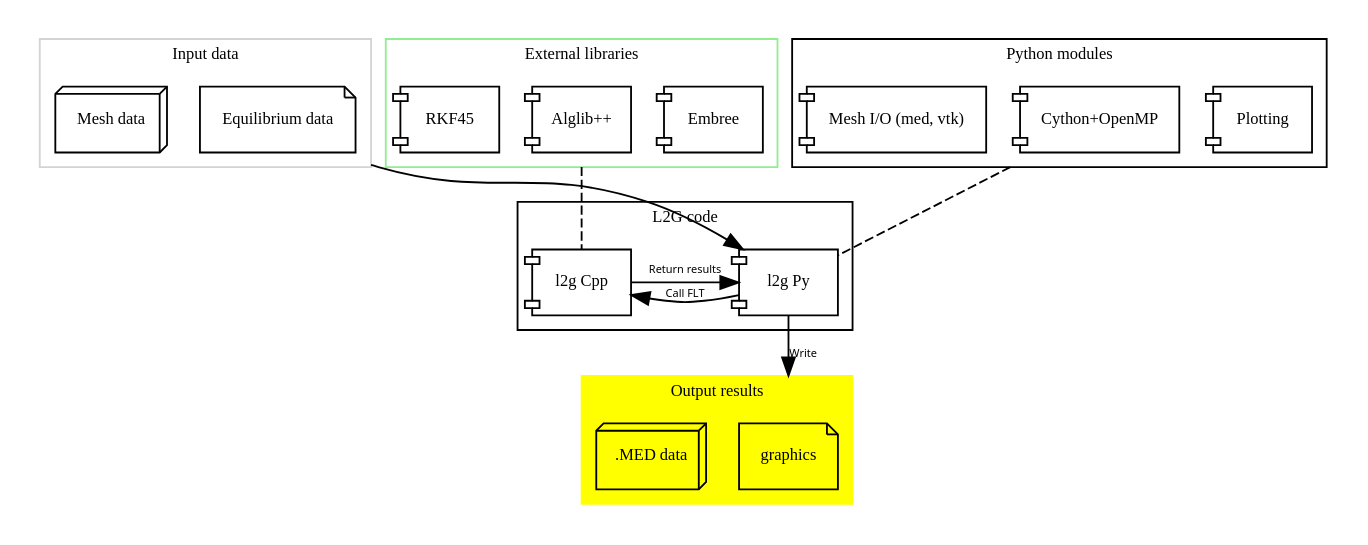
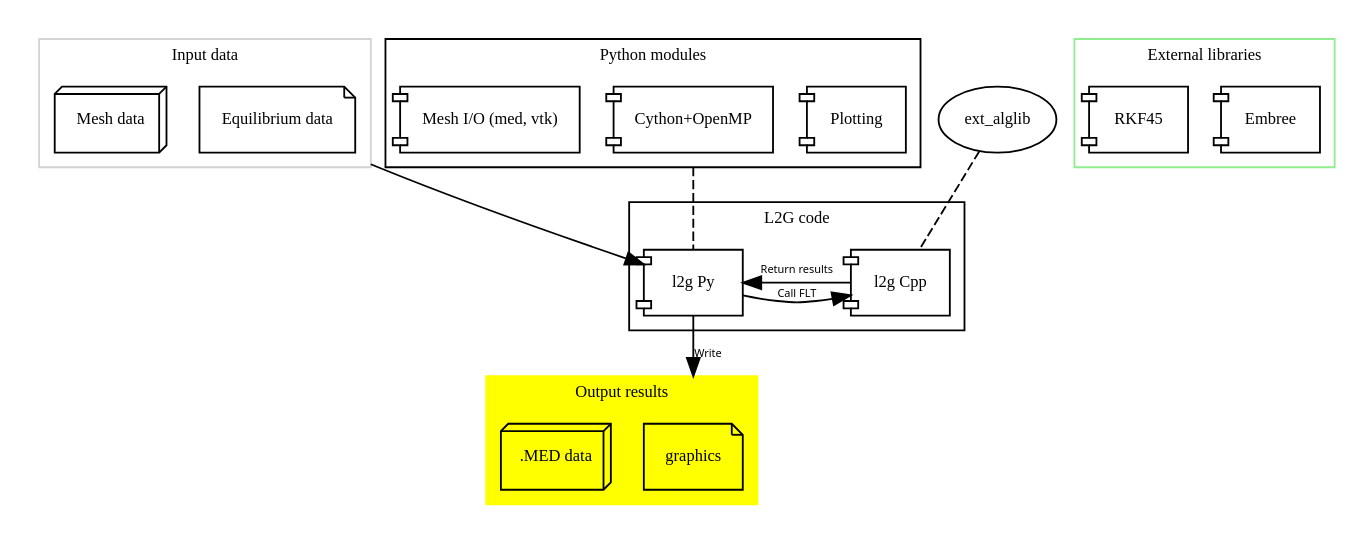
One commit to iterorganization/L2G changed the diagram in doc/source/digest.rst. Above: the diagram before and after it, drawn with Graphviz. The commit also changed other lines of this file and 5 other files, not shown here.

```diff
--- a/doc/source/digest.rst
+++ b/doc/source/digest.rst
@@ -24,72 +24,71 @@
 .. graphviz::
    :name: l2g workflow
    :caption: L2G scheme
    :align: center
 
     digraph "l2g-workflow" {
         size="8,6";
         rankdir="TD";
         splines=true;
         compound=true;
 
         graph [fontname="Verdana", fontsize="9"];
         node [fontname="Verdana", fontsize="9"];
         edge [fontname="Sans", fontsize="6"];
 
         l2g_py [label="l2g Py", shape="component", target="_blank"];
         l2g_cpp [label="l2g Cpp", shape="component", target="_blank"];
 
         output_graphics [label="graphics", shape="note",];
         output_data [label=".MED data", shape="box3d"]
 
         input_equil [label="Equilibrium data", shape="note"]
         input_mesh [label="Mesh data", shape="box3d"]
 
         ext_embree [label="Embree", shape="component", href="https://www.embree.org/", target="_blank"]
-        ext_alglib [label="Alglib++", shape="component", href="https://www.alglib.net/", target="_blank"]
         ext_rkf45 [label="RKF45", shape="component"]
 
         py_plot [label="Plotting", shape="component"]
         py_cython [label="Cython+OpenMP", shape="component", href="https://cython.org/"]
         py_mesh [label="Mesh I/O (med, vtk)", shape="component"]
 
         subgraph cluster_0 {
             color=lightgrey;
 
             input_equil;
             input_mesh;
             label="Input data";
         }
 
         subgraph cluster_1 {
             rank=UD;
 
             l2g_py -> l2g_cpp [label="Call FLT", constraint=false];
             l2g_cpp -> l2g_py [label="Return results", constraint=false];
             label="L2G code";
         }
         subgraph cluster_2 {
             style=filled;
             color=yellow;
 
             "output_graphics";
             "output_data";
             label="Output results";
         }
         subgraph cluster_3 {
             color=lightgreen;
 
-            {ext_embree ext_alglib ext_rkf45};
+            {ext_embree ext_rkf45};
             label="External libraries";
         }
 
         subgraph cluster_4 {
             {rank = same; py_plot py_cython py_mesh};
             label="Python modules"
         }
 
         input_equil -> l2g_py [ltail=cluster_0]
         l2g_py -> output_graphics [lhead=cluster_2, label="Write"]
         ext_alglib -> l2g_cpp [ltail=cluster_3, style=dashed, arrowhead=none]
         py_cython -> l2g_py [ltail=cluster_4, style=dashed, arrowhead=none]
     }
```
